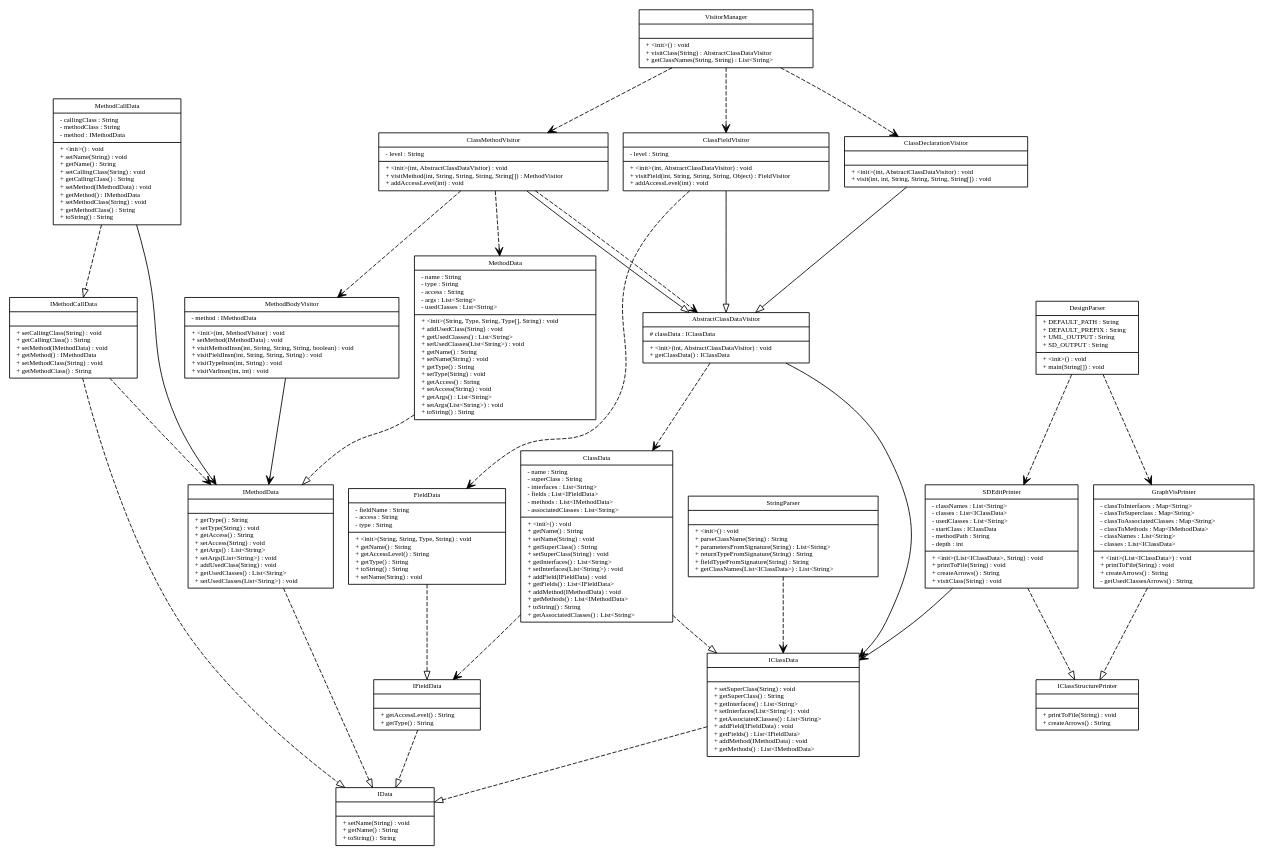
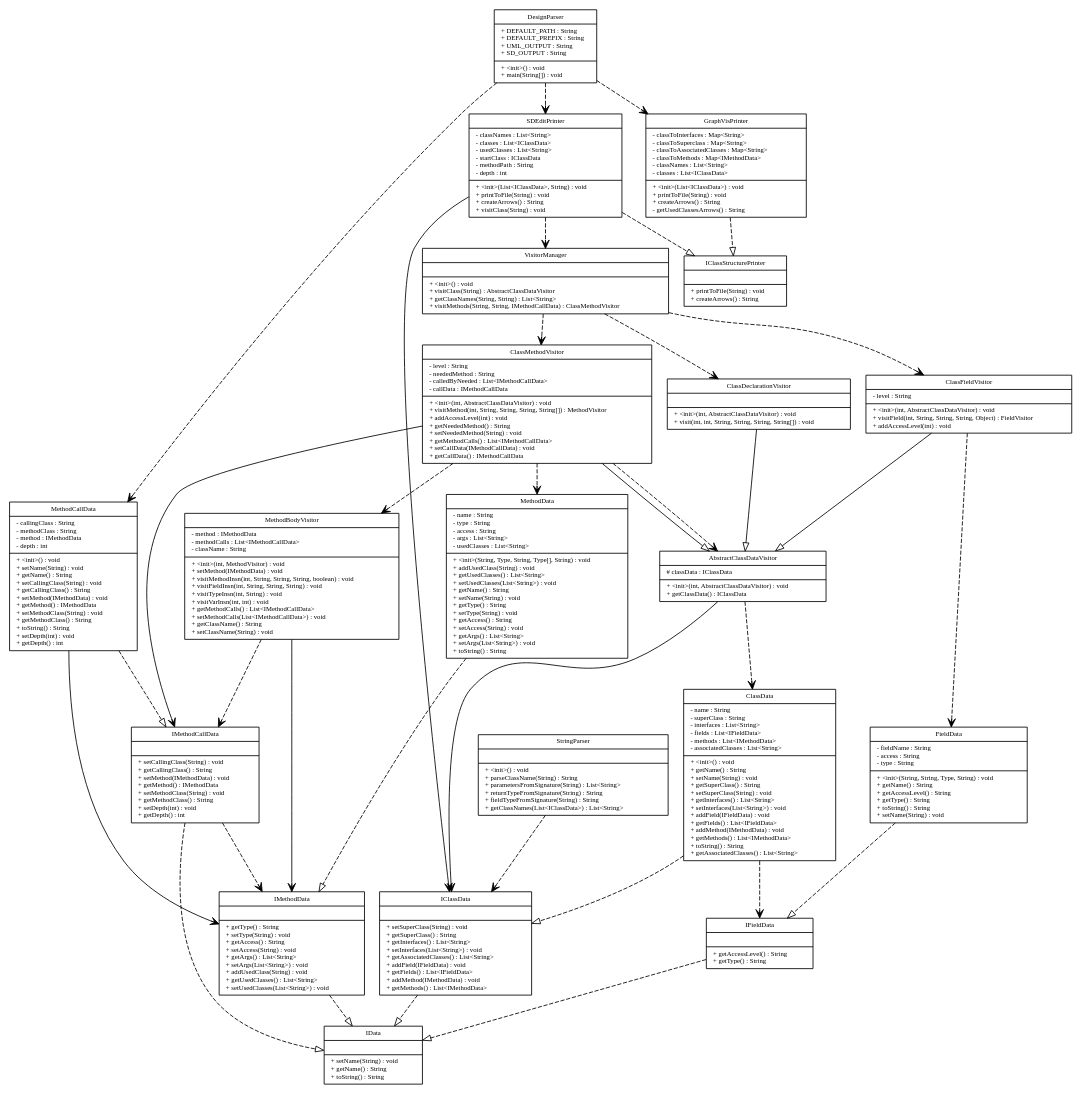
Before and after one commit to LoganErexson/CSSE374TeamProject: the diagram in input_output/Diagram.gv, drawn with Graphviz. The commit also changed 2 other files, not shown here.

Commit message:
Created visitMethods

```diff
--- a/input_output/Diagram.gv
+++ b/input_output/Diagram.gv
@@ -1,118 +1,122 @@
 digraph G {
 fontname = " Bitstream Vera San"
 fontsize =8
 node [
 fontname = "Bitstream Vera Sans"
 fontsize =8
 shape = "record"]
 edge [
 fontname = "Bitstream Vera Sans"
 fontsize =8
 ]
 AbstractClassDataVisitor [
 label = "{AbstractClassDataVisitor|# classData : IClassData\l|+ \<init\>(int, AbstractClassDataVisitor) : void\l+ getClassData() : IClassData\l}"
 ]
 ClassData [
 label = "{ClassData|- name : String\l- superClass : String\l- interfaces : List\<String\>\l- fields : List\<IFieldData\>\l- methods : List\<IMethodData\>\l- associatedClasses : List\<String\>\l|+ \<init\>() : void\l+ getName() : String\l+ setName(String) : void\l+ getSuperClass() : String\l+ setSuperClass(String) : void\l+ getInterfaces() : List\<String\>\l+ setInterfaces(List\<String\>) : void\l+ addField(IFieldData) : void\l+ getFields() : List\<IFieldData\>\l+ addMethod(IMethodData) : void\l+ getMethods() : List\<IMethodData\>\l+ toString() : String\l+ getAssociatedClasses() : List\<String\>\l}"
 ]
 ClassDeclarationVisitor [
 label = "{ClassDeclarationVisitor||+ \<init\>(int, AbstractClassDataVisitor) : void\l+ visit(int, int, String, String, String, String[]) : void\l}"
 ]
 ClassFieldVisitor [
 label = "{ClassFieldVisitor|- level : String\l|+ \<init\>(int, AbstractClassDataVisitor) : void\l+ visitField(int, String, String, String, Object) : FieldVisitor\l+ addAccessLevel(int) : void\l}"
 ]
 ClassMethodVisitor [
-label = "{ClassMethodVisitor|- level : String\l|+ \<init\>(int, AbstractClassDataVisitor) : void\l+ visitMethod(int, String, String, String, String[]) : MethodVisitor\l+ addAccessLevel(int) : void\l}"
+label = "{ClassMethodVisitor|- level : String\l- neededMethod : String\l- calledByNeeded : List\<IMethodCallData\>\l- callData : IMethodCallData\l|+ \<init\>(int, AbstractClassDataVisitor) : void\l+ visitMethod(int, String, String, String, String[]) : MethodVisitor\l+ addAccessLevel(int) : void\l+ getNeededMethod() : String\l+ setNeededMethod(String) : void\l+ getMethodCalls() : List\<IMethodCallData\>\l+ setCallData(IMethodCallData) : void\l+ getCallData() : IMethodCallData\l}"
 ]
 DesignParser [
 label = "{DesignParser|+ DEFAULT_PATH : String\l+ DEFAULT_PREFIX : String\l+ UML_OUTPUT : String\l+ SD_OUTPUT : String\l|+ \<init\>() : void\l+ main(String[]) : void\l}"
 ]
 FieldData [
 label = "{FieldData|- fieldName : String\l- access : String\l- type : String\l|+ \<init\>(String, String, Type, String) : void\l+ getName() : String\l+ getAccessLevel() : String\l+ getType() : String\l+ toString() : String\l+ setName(String) : void\l}"
 ]
 GraphVisPrinter [
 label = "{GraphVisPrinter|- classToInterfaces : Map\<String\>\l- classToSuperclass : Map\<String\>\l- classToAssociatedClasses : Map\<String\>\l- classToMethods : Map\<IMethodData\>\l- classNames : List\<String\>\l- classes : List\<IClassData\>\l|+ \<init\>(List\<IClassData\>) : void\l+ printToFile(String) : void\l+ createArrows() : String\l- getUsedClassesArrows() : String\l}"
 ]
 IClassData [
 label = "{IClassData||+ setSuperClass(String) : void\l+ getSuperClass() : String\l+ getInterfaces() : List\<String\>\l+ setInterfaces(List\<String\>) : void\l+ getAssociatedClasses() : List\<String\>\l+ addField(IFieldData) : void\l+ getFields() : List\<IFieldData\>\l+ addMethod(IMethodData) : void\l+ getMethods() : List\<IMethodData\>\l}"
 ]
 IClassStructurePrinter [
 label = "{IClassStructurePrinter||+ printToFile(String) : void\l+ createArrows() : String\l}"
 ]
 IData [
 label = "{IData||+ setName(String) : void\l+ getName() : String\l+ toString() : String\l}"
 ]
 IFieldData [
 label = "{IFieldData||+ getAccessLevel() : String\l+ getType() : String\l}"
 ]
 IMethodCallData [
-label = "{IMethodCallData||+ setCallingClass(String) : void\l+ getCallingClass() : String\l+ setMethod(IMethodData) : void\l+ getMethod() : IMethodData\l+ setMethodClass(String) : void\l+ getMethodClass() : String\l}"
+label = "{IMethodCallData||+ setCallingClass(String) : void\l+ getCallingClass() : String\l+ setMethod(IMethodData) : void\l+ getMethod() : IMethodData\l+ setMethodClass(String) : void\l+ getMethodClass() : String\l+ setDepth(int) : void\l+ getDepth() : int\l}"
 ]
 IMethodData [
 label = "{IMethodData||+ getType() : String\l+ setType(String) : void\l+ getAccess() : String\l+ setAccess(String) : void\l+ getArgs() : List\<String\>\l+ setArgs(List\<String\>) : void\l+ addUsedClass(String) : void\l+ getUsedClasses() : List\<String\>\l+ setUsedClasses(List\<String\>) : void\l}"
 ]
 MethodBodyVisitor [
-label = "{MethodBodyVisitor|- method : IMethodData\l|+ \<init\>(int, MethodVisitor) : void\l+ setMethod(IMethodData) : void\l+ visitMethodInsn(int, String, String, String, boolean) : void\l+ visitFieldInsn(int, String, String, String) : void\l+ visitTypeInsn(int, String) : void\l+ visitVarInsn(int, int) : void\l}"
+label = "{MethodBodyVisitor|- method : IMethodData\l- methodCalls : List\<IMethodCallData\>\l- className : String\l|+ \<init\>(int, MethodVisitor) : void\l+ setMethod(IMethodData) : void\l+ visitMethodInsn(int, String, String, String, boolean) : void\l+ visitFieldInsn(int, String, String, String) : void\l+ visitTypeInsn(int, String) : void\l+ visitVarInsn(int, int) : void\l+ getMethodCalls() : List\<IMethodCallData\>\l+ setMethodCalls(List\<IMethodCallData\>) : void\l+ getClassName() : String\l+ setClassName(String) : void\l}"
 ]
 MethodCallData [
-label = "{MethodCallData|- callingClass : String\l- methodClass : String\l- method : IMethodData\l|+ \<init\>() : void\l+ setName(String) : void\l+ getName() : String\l+ setCallingClass(String) : void\l+ getCallingClass() : String\l+ setMethod(IMethodData) : void\l+ getMethod() : IMethodData\l+ setMethodClass(String) : void\l+ getMethodClass() : String\l+ toString() : String\l}"
+label = "{MethodCallData|- callingClass : String\l- methodClass : String\l- method : IMethodData\l- depth : int\l|+ \<init\>() : void\l+ setName(String) : void\l+ getName() : String\l+ setCallingClass(String) : void\l+ getCallingClass() : String\l+ setMethod(IMethodData) : void\l+ getMethod() : IMethodData\l+ setMethodClass(String) : void\l+ getMethodClass() : String\l+ toString() : String\l+ setDepth(int) : void\l+ getDepth() : int\l}"
 ]
 MethodData [
 label = "{MethodData|- name : String\l- type : String\l- access : String\l- args : List\<String\>\l- usedClasses : List\<String\>\l|+ \<init\>(String, Type, String, Type[], String) : void\l+ addUsedClass(String) : void\l+ getUsedClasses() : List\<String\>\l+ setUsedClasses(List\<String\>) : void\l+ getName() : String\l+ setName(String) : void\l+ getType() : String\l+ setType(String) : void\l+ getAccess() : String\l+ setAccess(String) : void\l+ getArgs() : List\<String\>\l+ setArgs(List\<String\>) : void\l+ toString() : String\l}"
 ]
 SDEditPrinter [
 label = "{SDEditPrinter|- classNames : List\<String\>\l- classes : List\<IClassData\>\l- usedClasses : List\<String\>\l- startClass : IClassData\l- methodPath : String\l- depth : int\l|+ \<init\>(List\<IClassData\>, String) : void\l+ printToFile(String) : void\l+ createArrows() : String\l+ visitClass(String) : void\l}"
 ]
 StringParser [
 label = "{StringParser||+ \<init\>() : void\l+ parseClassName(String) : String\l+ parametersFromSignature(String) : List\<String\>\l+ returnTypeFromSignature(String) : String\l+ fieldTypeFromSignature(String) : String\l+ getClassNames(List\<IClassData\>) : List\<String\>\l}"
 ]
 VisitorManager [
-label = "{VisitorManager||+ \<init\>() : void\l+ visitClass(String) : AbstractClassDataVisitor\l+ getClassNames(String, String) : List\<String\>\l}"
+label = "{VisitorManager||+ \<init\>() : void\l+ visitClass(String) : AbstractClassDataVisitor\l+ getClassNames(String, String) : List\<String\>\l+ visitMethods(String, String, IMethodCallData) : ClassMethodVisitor\l}"
 ]
 edge [ 
 arrowhead = "empty"
 style = "solid"
 ]
 ClassMethodVisitor -> AbstractClassDataVisitor
 ClassDeclarationVisitor -> AbstractClassDataVisitor
 ClassFieldVisitor -> AbstractClassDataVisitor
 edge [ 
 arrowhead = "empty"
 style = "dashed"
 ]
 MethodCallData -> IMethodCallData
 IMethodCallData -> IData
 FieldData -> IFieldData
 SDEditPrinter -> IClassStructurePrinter
 ClassData -> IClassData
 GraphVisPrinter -> IClassStructurePrinter
 MethodData -> IMethodData
 IMethodData -> IData
 IClassData -> IData
 IFieldData -> IData
 edge [ 
 arrowhead = "vee"
 style = "solid"
 ]
 MethodCallData -> IMethodData
 AbstractClassDataVisitor -> IClassData
+ClassMethodVisitor -> IMethodCallData
 MethodBodyVisitor -> IMethodData
 SDEditPrinter -> IClassData
 edge [ 
 arrowhead = "vee"
 style = "dashed"
 ]
 StringParser -> IClassData
 AbstractClassDataVisitor -> ClassData
 ClassMethodVisitor -> AbstractClassDataVisitor
 ClassMethodVisitor -> MethodBodyVisitor
 ClassMethodVisitor -> MethodData
+MethodBodyVisitor -> IMethodCallData
 VisitorManager -> ClassDeclarationVisitor
 VisitorManager -> ClassFieldVisitor
 VisitorManager -> ClassMethodVisitor
 DesignParser -> GraphVisPrinter
+DesignParser -> MethodCallData
 DesignParser -> SDEditPrinter
 IMethodCallData -> IMethodData
+SDEditPrinter -> VisitorManager
 ClassData -> IFieldData
 ClassFieldVisitor -> FieldData
 }
```
